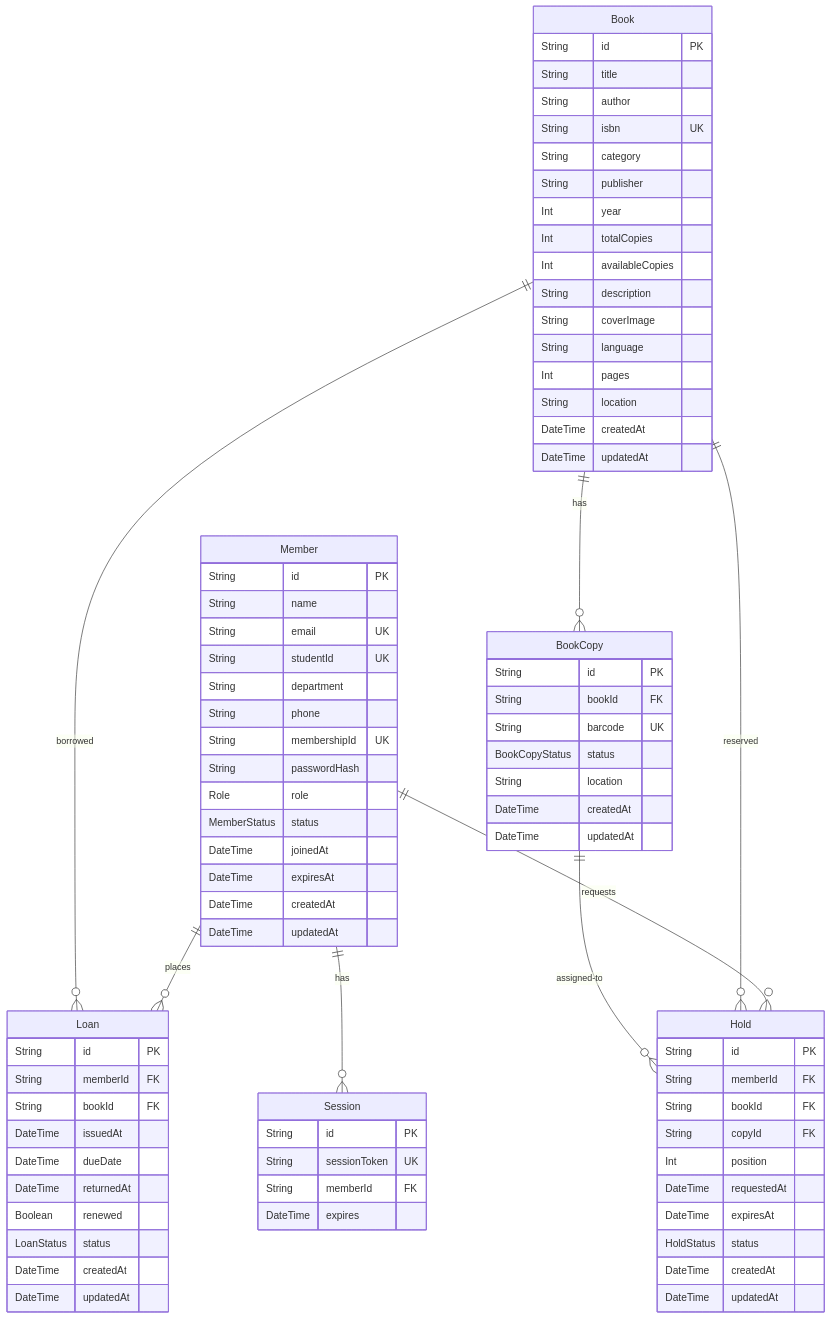
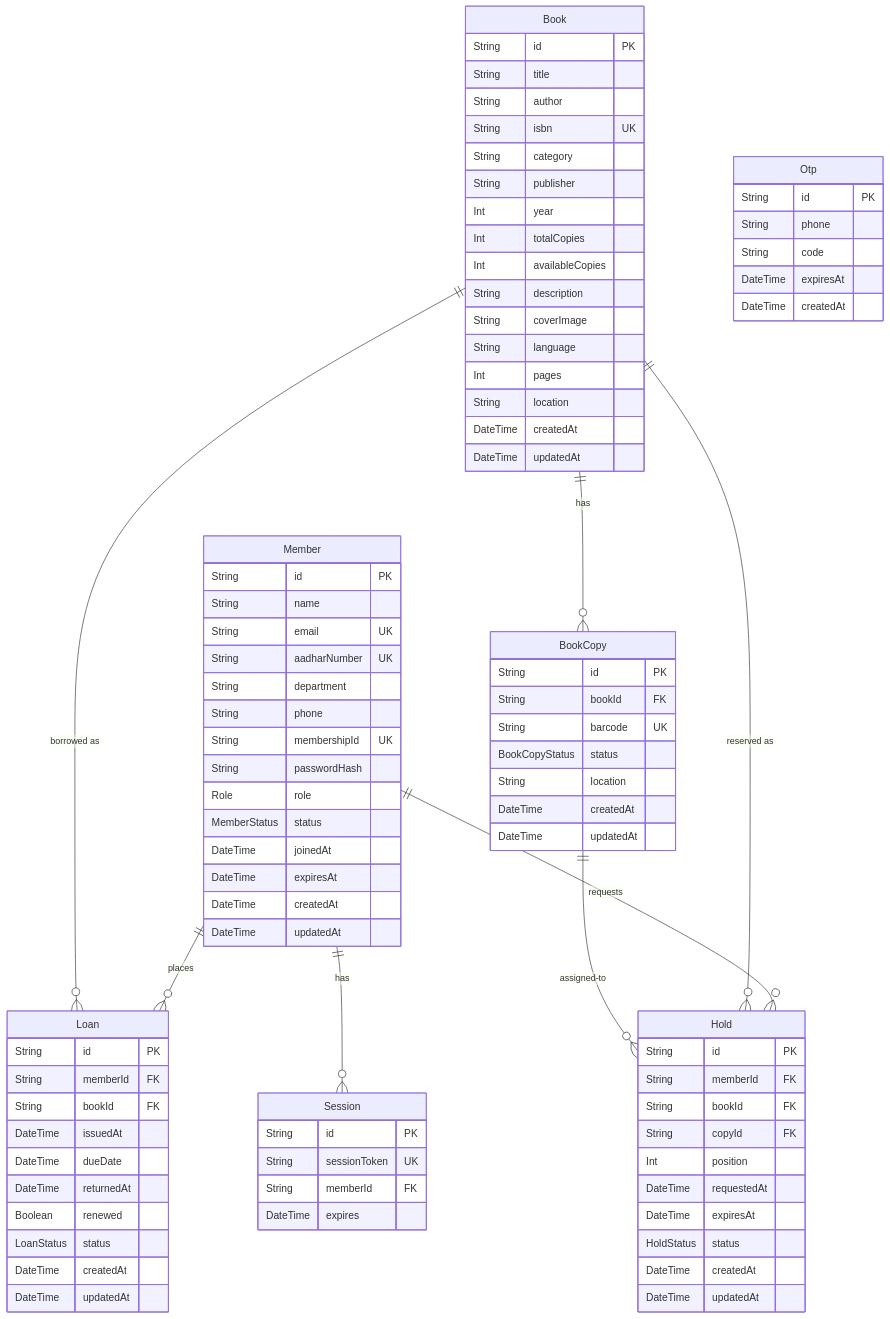
The diagram in README.md (kanna1951693/libray_management_system), drawn with Mermaid before and after one commit. The commit also changed other lines of this file and 20 other files, not shown here.

First line of the commit message:
feat: add Supabase storage, WhatsApp notifications, Librarian role, OTP support, and Aadhar identity

```diff
--- a/README.md
+++ b/README.md
@@ -31,8 +42,8 @@
     Member ||--o{ Hold : "requests"
     Member ||--o{ Session : "has"
     Book ||--o{ BookCopy : "has"
-    Book ||--o{ Loan : "borrowed"
-    Book ||--o{ Hold : "reserved"
+    Book ||--o{ Loan : "borrowed as"
+    Book ||--o{ Hold : "reserved as"
     BookCopy ||--o{ Hold : "assigned-to"
 
     Book {
@@ -68,7 +79,7 @@
         String id PK
         String name
         String email UK
-        String studentId UK
+        String aadharNumber UK
         String department
         String phone
         String membershipId UK
@@ -79,6 +90,14 @@
         DateTime expiresAt
         DateTime createdAt
         DateTime updatedAt
+    }
+
+    Otp {
+        String id PK
+        String phone
+        String code
+        DateTime expiresAt
+        DateTime createdAt
     }
 
     Loan {
```
